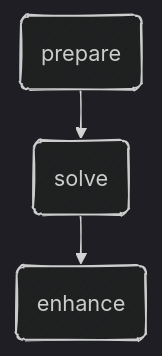
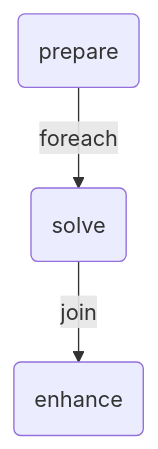
Before and after one commit to nextmv-io/nextpipe: the diagram in examples/pipeline-foreach/README.md, drawn with Mermaid. The commit also changed 1 other file, not shown here.

Commit message:
Annotating foreach, join

````diff
--- a/examples/pipeline-foreach/README.md
+++ b/examples/pipeline-foreach/README.md
@@ -7,14 +7,9 @@
 ```mermaid
----
-config:
-  layout: elk
-  look: handDrawn
-  theme: dark
----
 graph TD
+  prepare{ }
   prepare(prepare)
-  prepare --> solve
+  prepare -- foreach --> solve
   solve(solve)
-  solve --> enhance
+  solve -- join --> enhance
   enhance(enhance)
 ```
````
